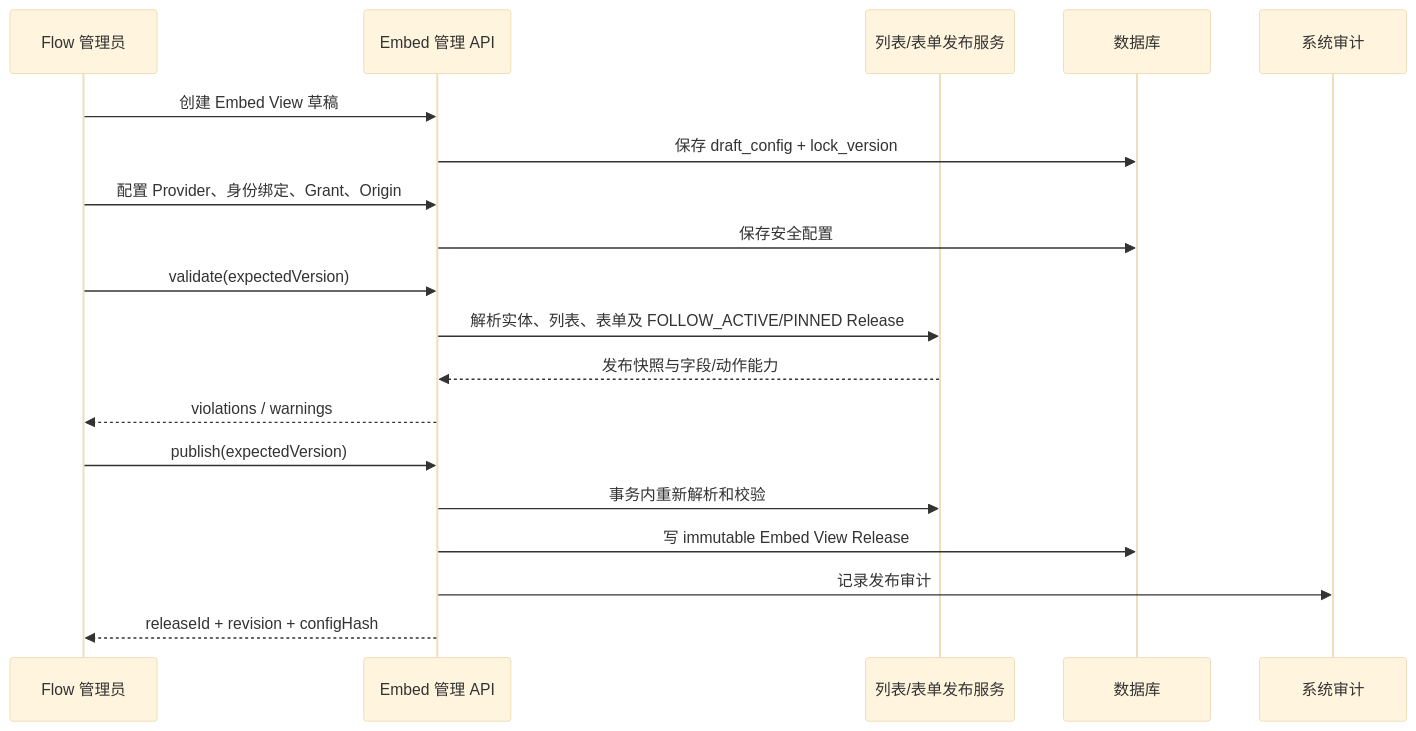
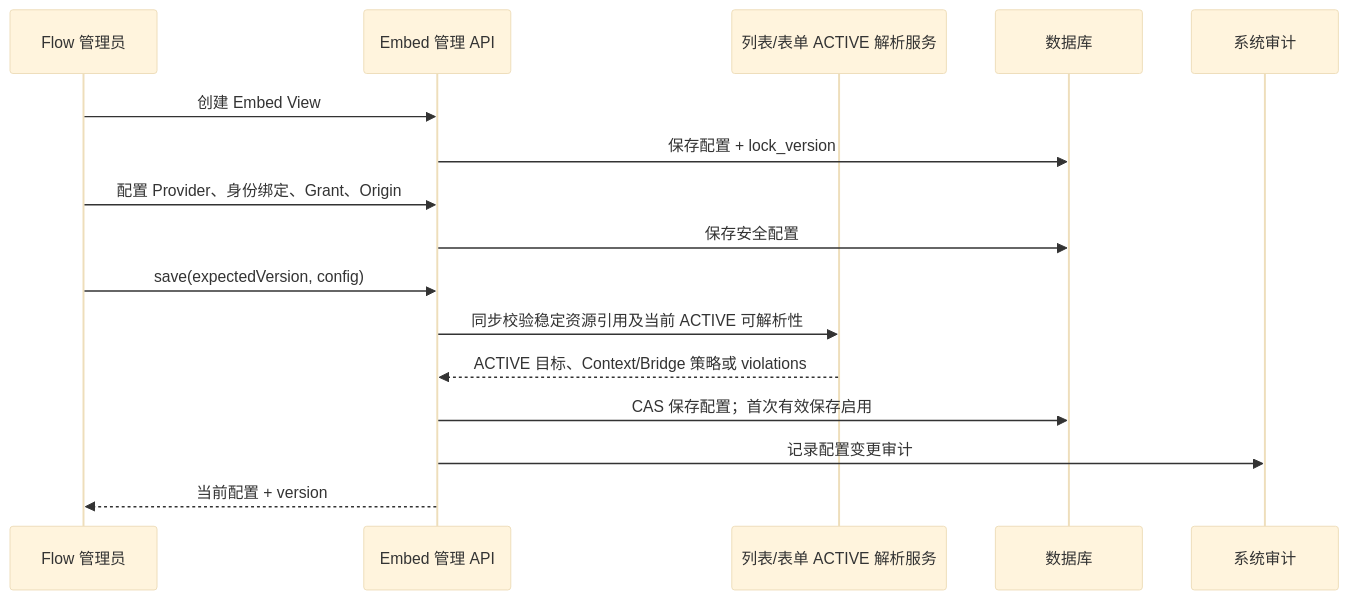
Before and after one commit to benbenbingbing/flow: the fourth of 7 diagrams in docs/embed-runtime-detailed-design.md, drawn with Mermaid (base theme). The commit also changed other lines of this file and 267 other files, not shown here.

````diff
--- a/docs/embed-runtime-detailed-design.md
+++ b/docs/embed-runtime-detailed-design.md
@@ -2289,22 +1829,19 @@
 ```mermaid
 sequenceDiagram
     participant A as Flow 管理员
     participant M as Embed 管理 API
-    participant L as 列表/表单发布服务
+    participant L as 列表/表单 ACTIVE 解析服务
     participant D as 数据库
     participant S as 系统审计
 
-    A->>M: 创建 Embed View 草稿
-    M->>D: 保存 draft_config + lock_version
+    A->>M: 创建 Embed View
+    M->>D: 保存配置 + lock_version
     A->>M: 配置 Provider、身份绑定、Grant、Origin
     M->>D: 保存安全配置
-    A->>M: validate(expectedVersion)
-    M->>L: 解析实体、列表、表单及 FOLLOW_ACTIVE/PINNED Release
-    L-->>M: 发布快照与字段/动作能力
-    M-->>A: violations / warnings
-    A->>M: publish(expectedVersion)
-    M->>L: 事务内重新解析和校验
-    M->>D: 写 immutable Embed View Release
-    M->>S: 记录发布审计
-    M-->>A: releaseId + revision + configHash
+    A->>M: save(expectedVersion, config)
+    M->>L: 同步校验稳定资源引用及当前 ACTIVE 可解析性
+    L-->>M: ACTIVE 目标、Context/Bridge 策略或 violations
+    M->>D: CAS 保存配置；首次有效保存启用
+    M->>S: 记录配置变更审计
+    M-->>A: 当前配置 + version
 ```
````
